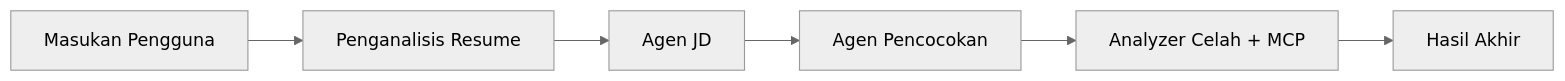
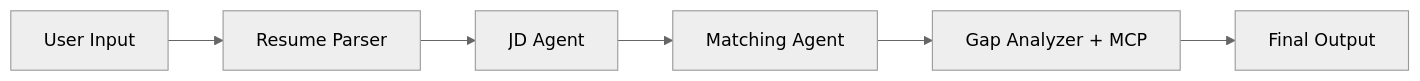
Before and after one commit to microsoft-foundry/Foundry_Toolkit_for_VSCode_Lab: the second of 2 diagrams in translations/id/workshop/lab02-multi-agent/docs/04-orchestration-patterns.md, drawn with Mermaid (neutral theme). The commit also changed other lines of this file and 73 other files, not shown here.

````diff
--- a/translations/id/workshop/lab02-multi-agent/docs/04-orchestration-patterns.md
+++ b/translations/id/workshop/lab02-multi-agent/docs/04-orchestration-patterns.md
@@ -56,8 +56,8 @@
 ```mermaid
 flowchart LR
-    U[Masukan Pengguna] --> RP[Penganalisis Resume]
-    RP --> JD[Agen JD]
-    JD --> MA[Agen Pencocokan]
-    MA --> GA[Analyzer Celah + MCP]
-    GA --> O[Hasil Akhir]
+    U[User Input] --> RP[Resume Parser]
+    RP --> JD[JD Agent]
+    JD --> MA[Matching Agent]
+    MA --> GA[Gap Analyzer + MCP]
+    GA --> O[Final Output]
 ```
````
